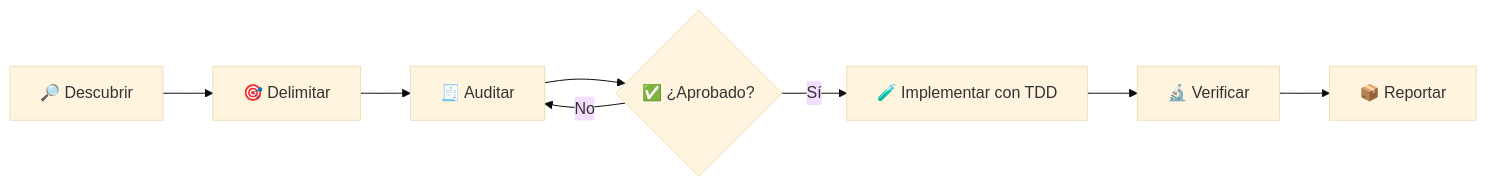
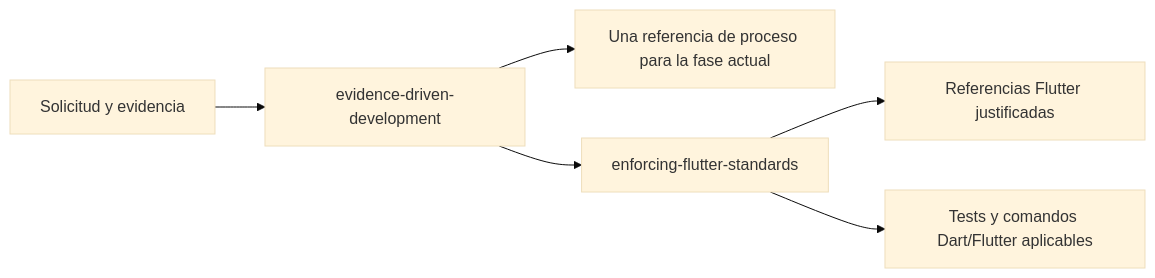
The diagram in README.md (LucasBucaiDev/Enforcing_Flutter_Standards), drawn with Mermaid (base theme) before and after one commit. The commit also changed other lines of this file and 30 other files, not shown here.

Commit message:
feat: extract evidence-driven development skill

````diff
--- a/README.md
+++ b/README.md
@@ -34,10 +16,8 @@
 ```mermaid
 flowchart LR
-    A["🔎 Descubrir"] --> B["🎯 Delimitar"]
-    B --> C["🧾 Auditar"]
-    C --> D{"✅ ¿Aprobado?"}
-    D -->|Sí| E["🧪 Implementar con TDD"]
-    D -->|No| C
-    E --> F["🔬 Verificar"]
-    F --> G["📦 Reportar"]
+    U["Solicitud y evidencia"] --> E["evidence-driven-development"]
+    E --> P["Una referencia de proceso para la fase actual"]
+    E --> F["enforcing-flutter-standards"]
+    F --> T["Referencias Flutter justificadas"]
+    F --> C["Tests y comandos Dart/Flutter aplicables"]
 ```
````
